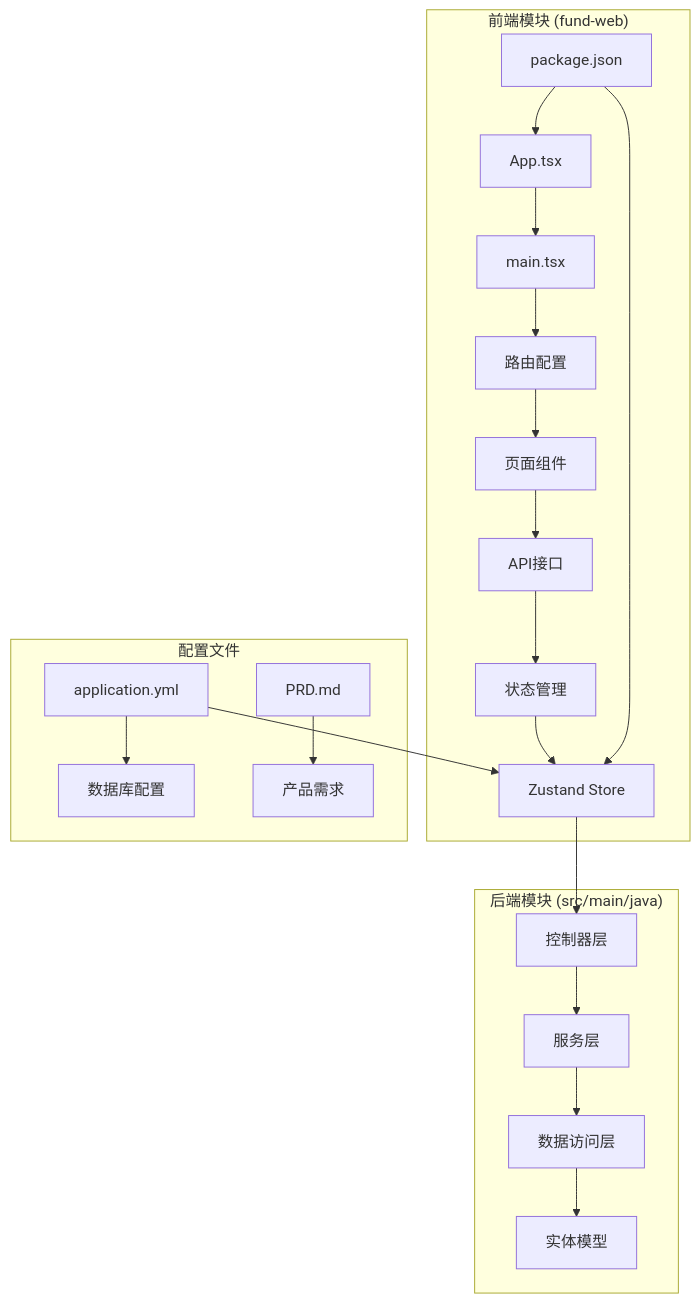
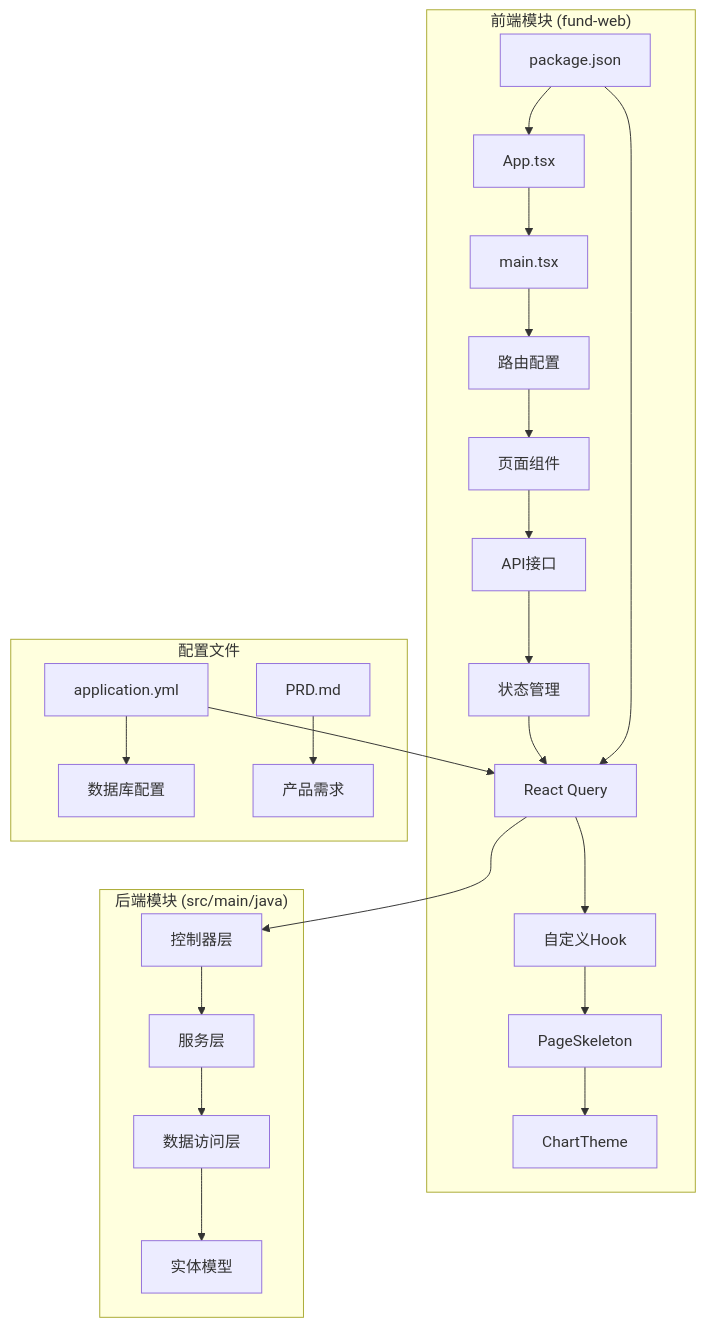
Before and after one commit to gree-coder/fund-butler: the first of 20 diagrams in .qoder/repowiki/zh/content/核心功能开发/前端投资组合管理增强.md, drawn with Mermaid. The commit also changed other lines of this file and 21 other files, not shown here.

````diff
--- a/.qoder/repowiki/zh/content/核心功能开发/前端投资组合管理增强.md
+++ b/.qoder/repowiki/zh/content/核心功能开发/前端投资组合管理增强.md
@@ -84,24 +80,27 @@
 ```mermaid
 graph TB
 subgraph "前端模块 (fund-web)"
 A[package.json] --> B[App.tsx]
 B --> C[main.tsx]
 C --> D[路由配置]
 D --> E[页面组件]
 E --> F[API接口]
 F --> G[状态管理]
-G --> H[Zustand Store]
+G --> H[React Query]
+H --> I[自定义Hook]
+I --> J[PageSkeleton]
+J --> K[ChartTheme]
 end
 subgraph "后端模块 (src/main/java)"
-H --> I[控制器层]
-I --> J[服务层]
-J --> K[数据访问层]
-K --> L[实体模型]
+H --> L[控制器层]
+L --> M[服务层]
+M --> N[数据访问层]
+N --> O[实体模型]
 end
 subgraph "配置文件"
-M[application.yml] --> N[数据库配置]
-O[PRD.md] --> P[产品需求]
+P[application.yml] --> Q[数据库配置]
+R[PRD.md] --> S[产品需求]
 end
 A --> H
-M --> H
+P --> H
 ```
````
